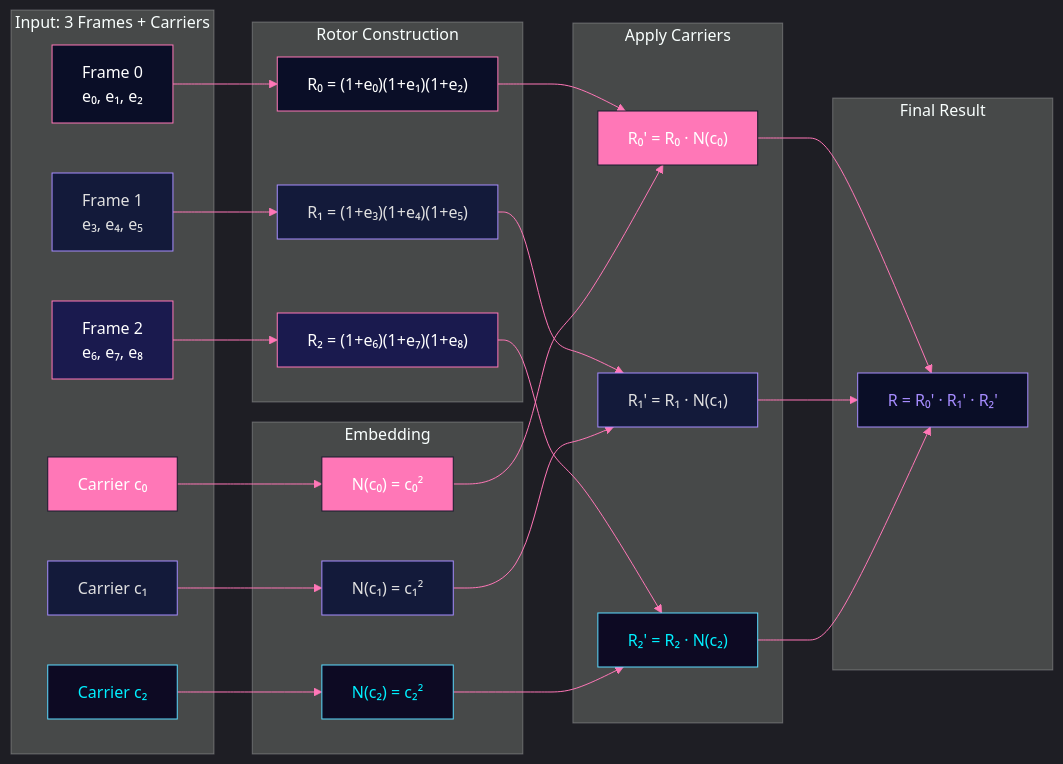
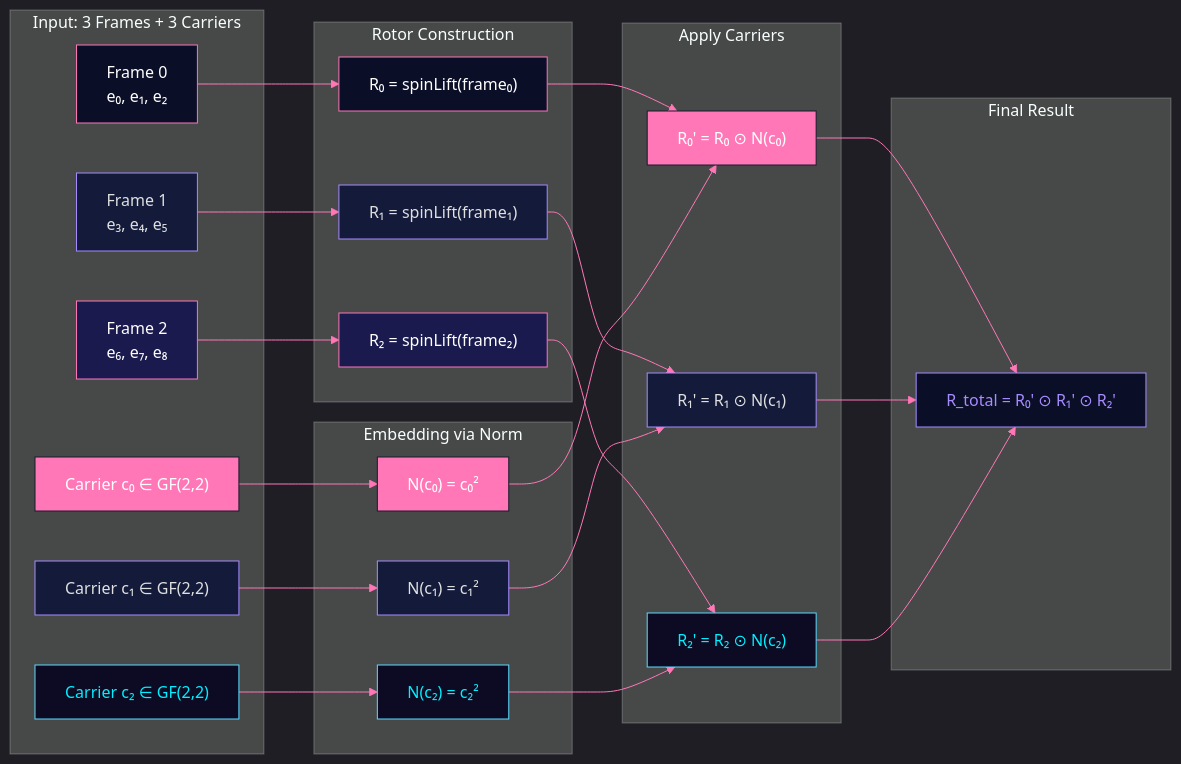
The eighth of 19 diagrams in README.md (jesusvilela/lambda-sat-solver), drawn with Mermaid before and after one commit. The commit also changed other lines of this file and 2 other files, not shown here.

````diff
--- a/README.md
+++ b/README.md
@@ -402,58 +401,58 @@
 ```mermaid
 %%{init: {'theme': 'dark', 'themeVariables': {'primaryColor': '#a68cff', 'primaryTextColor': '#e0e0e0', 'primaryBorderColor': '#5bdbff', 'lineColor': '#ff77b7'}}}%%
 graph LR
-    subgraph "Input: 3 Frames + Carriers"
+    subgraph "Input: 3 Frames + 3 Carriers"
         F0["Frame 0\ne₀, e₁, e₂"]
         F1["Frame 1\ne₃, e₄, e₅"]
         F2["Frame 2\ne₆, e₇, e₈"]
-        C0["Carrier c₀"]
-        C1["Carrier c₁"]
-        C2["Carrier c₂"]
+        C0["Carrier c₀ ∈ GF(2,2)"]
+        C1["Carrier c₁ ∈ GF(2,2)"]
+        C2["Carrier c₂ ∈ GF(2,2)"]
     end
 
-    subgraph "Embedding"
+    subgraph "Embedding via Norm"
         N0["N(c₀) = c₀²"]
         N1["N(c₁) = c₁²"]
         N2["N(c₂) = c₂²"]
     end
 
     subgraph "Rotor Construction"
-        R0["R₀ = (1+e₀)(1+e₁)(1+e₂)"]
-        R1["R₁ = (1+e₃)(1+e₄)(1+e₅)"]
-        R2["R₂ = (1+e₆)(1+e₇)(1+e₈)"]
+        R0["R₀ = spinLift(frame₀)"]
+        R1["R₁ = spinLift(frame₁)"]
+        R2["R₂ = spinLift(frame₂)"]
     end
 
     subgraph "Apply Carriers"
-        A0["R₀' = R₀ · N(c₀)"]
-        A1["R₁' = R₁ · N(c₁)"]
-        A2["R₂' = R₂ · N(c₂)"]
+        A0["R₀' = R₀ ⊙ N(c₀)"]
+        A1["R₁' = R₁ ⊙ N(c₁)"]
+        A2["R₂' = R₂ ⊙ N(c₂)"]
     end
 
     subgraph "Final Result"
-        Result["R = R₀' · R₁' · R₂'"]
+        Result["R_total = R₀' ⊙ R₁' ⊙ R₂'"]
     end
 
     F0 --> R0 --> A0 --> Result
     F1 --> R1 --> A1 --> Result
     F2 --> R2 --> A2 --> Result
     C0 --> N0 --> A0
     C1 --> N1 --> A1
     C2 --> N2 --> A2
 
     style F0 fill:#0a0e27,stroke:#ff77b7,color:#fff
     style F1 fill:#131a3a,stroke:#a68cff,color:#e0e0e0
     style F2 fill:#1a1a4e,stroke:#ff77b7,color:#fff
     style C0 fill:#ff77b7,stroke:#1a1a2e,color:#fff
     style C1 fill:#131a3a,stroke:#a68cff,color:#e0e0e0
     style C2 fill:#0d0a23,stroke:#5bdbff,color:#00f0ff
     style N0 fill:#ff77b7,stroke:#1a1a2e,color:#fff
     style N1 fill:#131a3a,stroke:#a68cff,color:#e0e0e0
     style N2 fill:#0d0a23,stroke:#5bdbff,color:#00f0ff
     style R0 fill:#0a0e27,stroke:#ff77b7,color:#fff
     style R1 fill:#131a3a,stroke:#a68cff,color:#e0e0e0
     style R2 fill:#1a1a4e,stroke:#ff77b7,color:#fff
     style A0 fill:#ff77b7,stroke:#1a1a2e,color:#fff
     style A1 fill:#131a3a,stroke:#a68cff,color:#e0e0e0
     style A2 fill:#0d0a23,stroke:#5bdbff,color:#00f0ff
     style Result fill:#0a0e27,stroke:#a68cff,color:#a68cff
 ```
````
